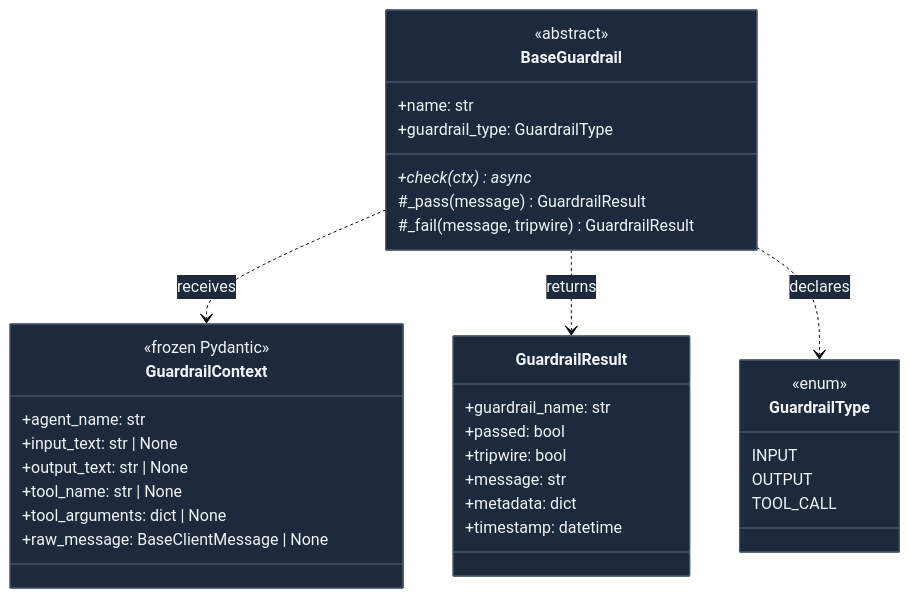
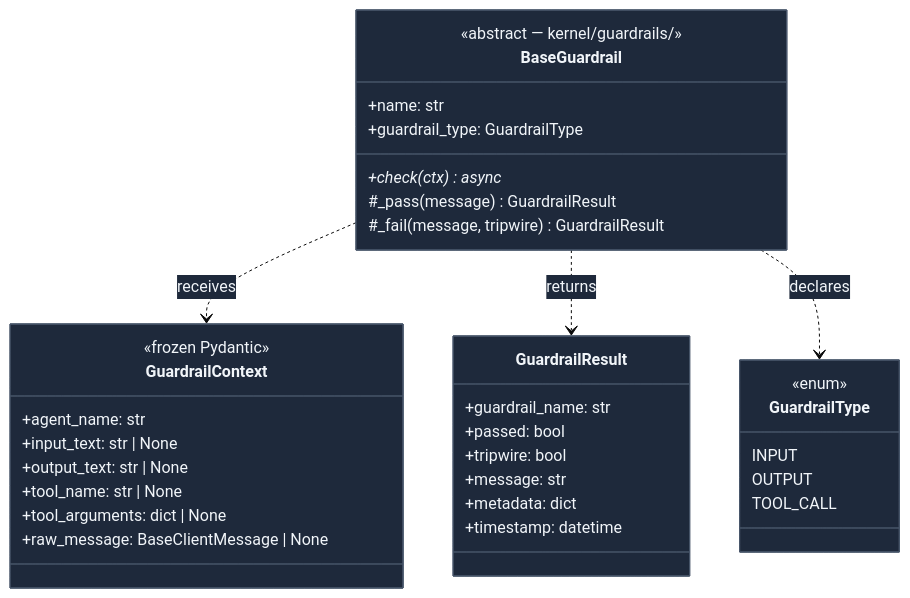
Before and after one commit to Ravikumarchavva/agent-substrate: diagram 12 of 18 in agents/agent-substrate/docs/framework/kernel.md, drawn with Mermaid. The commit also changed other lines of this file and 195 other files, not shown here.

````diff
--- a/agents/agent-substrate/docs/framework/kernel.md
+++ b/agents/agent-substrate/docs/framework/kernel.md
@@ -576,42 +580,42 @@
 ```mermaid
 %%{init: {"theme": "base", "themeVariables": {"primaryColor": "#1e293b", "primaryTextColor": "#f1f5f9", "primaryBorderColor": "#475569"}}}%%
 classDiagram
     class BaseGuardrail {
-        <<abstract>>
+        <<abstract — kernel/guardrails/>>
         +name: str
         +guardrail_type: GuardrailType
         +check(ctx) async*
         #_pass(message) GuardrailResult
         #_fail(message, tripwire) GuardrailResult
     }
 
     class GuardrailType {
         <<enum>>
         INPUT
         OUTPUT
         TOOL_CALL
     }
 
     class GuardrailContext {
         <<frozen Pydantic>>
         +agent_name: str
         +input_text: str | None
         +output_text: str | None
         +tool_name: str | None
         +tool_arguments: dict | None
         +raw_message: BaseClientMessage | None
     }
 
     class GuardrailResult {
         +guardrail_name: str
         +passed: bool
         +tripwire: bool
         +message: str
         +metadata: dict
         +timestamp: datetime
     }
 
     BaseGuardrail ..> GuardrailContext : receives
     BaseGuardrail ..> GuardrailResult : returns
     BaseGuardrail ..> GuardrailType : declares
 ```
````
